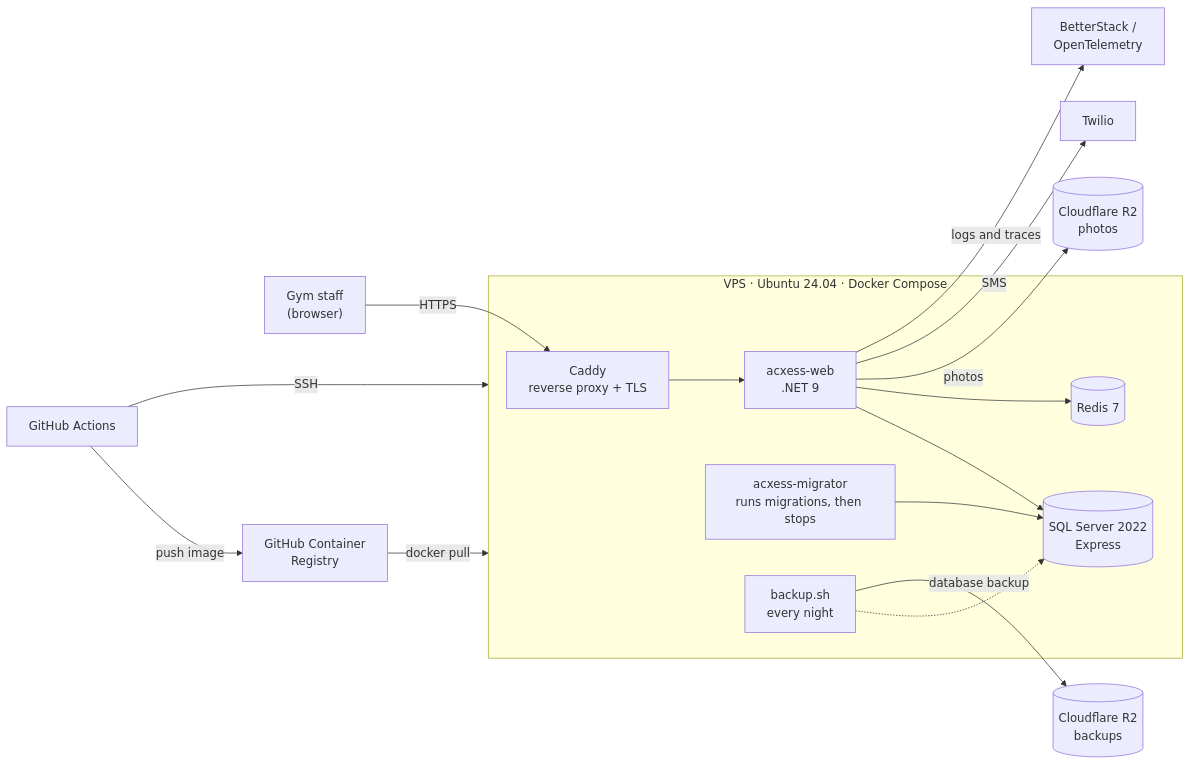
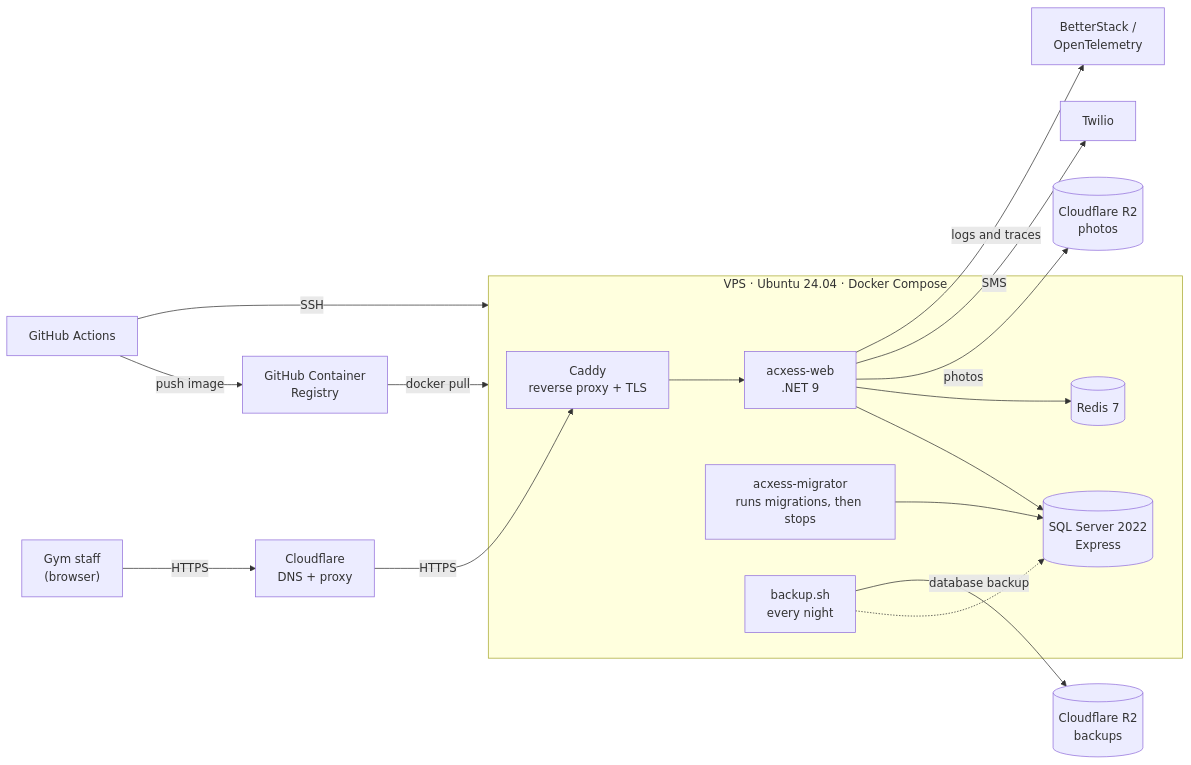
One commit to mendevz/Acxess changed the first of 2 diagrams in docs/infrastructure.md. Above: the diagram before and after it, drawn with Mermaid. The commit also changed other lines of this file and 1 other file, not shown here.

Commit message:
infra(ansible) borramos stagin por que ya tenemos certificado de cloudflare

````diff
--- a/docs/infrastructure.md
+++ b/docs/infrastructure.md
@@ -9,21 +9,22 @@
 ```mermaid
 flowchart LR
-    user["Gym staff<br/>(browser)"] -->|HTTPS| caddy
+    user["Gym staff<br/>(browser)"] -->|HTTPS| cf["Cloudflare<br/>DNS + proxy"]
+    cf -->|HTTPS| caddy
 
     subgraph vps["VPS · Ubuntu 24.04 · Docker Compose"]
         caddy["Caddy<br/>reverse proxy + TLS"] --> web["acxess-web<br/>.NET 9"]
         web --> sql[("SQL Server 2022<br/>Express")]
         web --> redis[("Redis 7")]
         migrator["acxess-migrator<br/>runs migrations, then stops"] --> sql
         backup["backup.sh<br/>every night"] -.-> sql
     end
 
     web -->|photos| r2photos[("Cloudflare R2<br/>photos")]
     web -->|SMS| twilio["Twilio"]
     web -->|logs and traces| obs["BetterStack /<br/>OpenTelemetry"]
     backup -->|database backup| r2backups[("Cloudflare R2<br/>backups")]
 
     gha["GitHub Actions"] -->|push image| ghcr["GitHub Container<br/>Registry"]
     gha -->|SSH| vps
     ghcr -->|docker pull| vps
 ```
````
